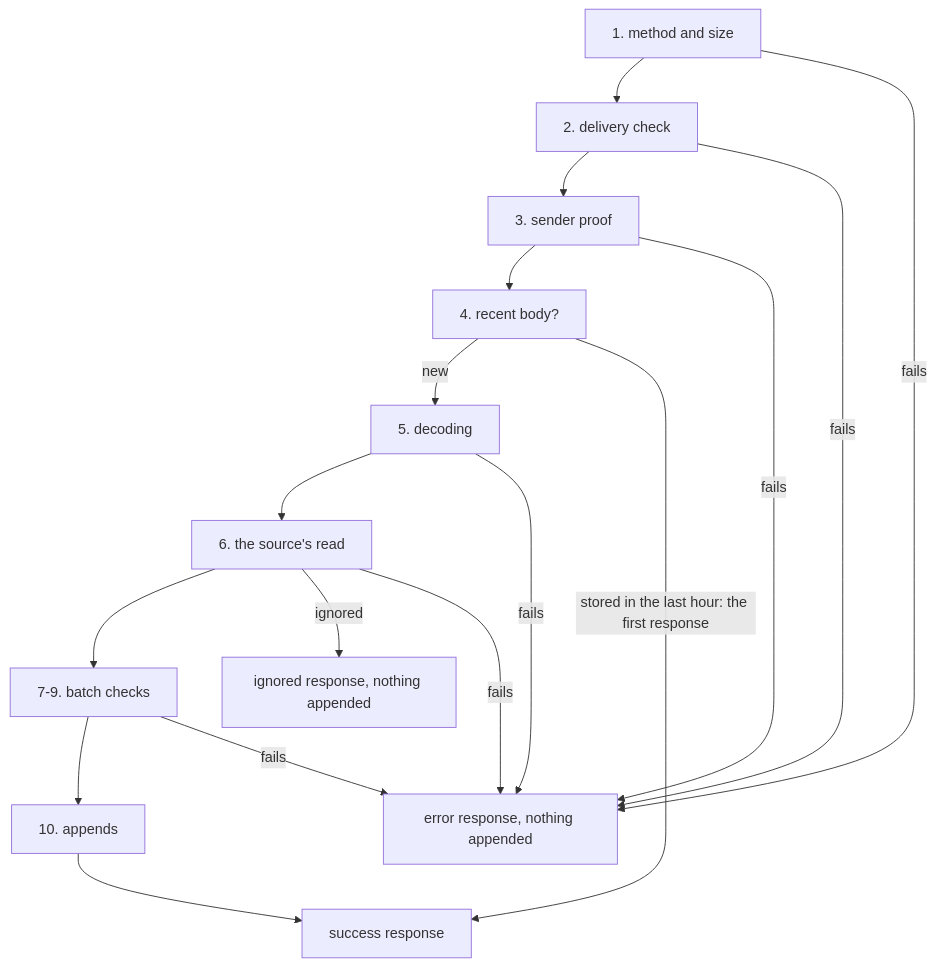
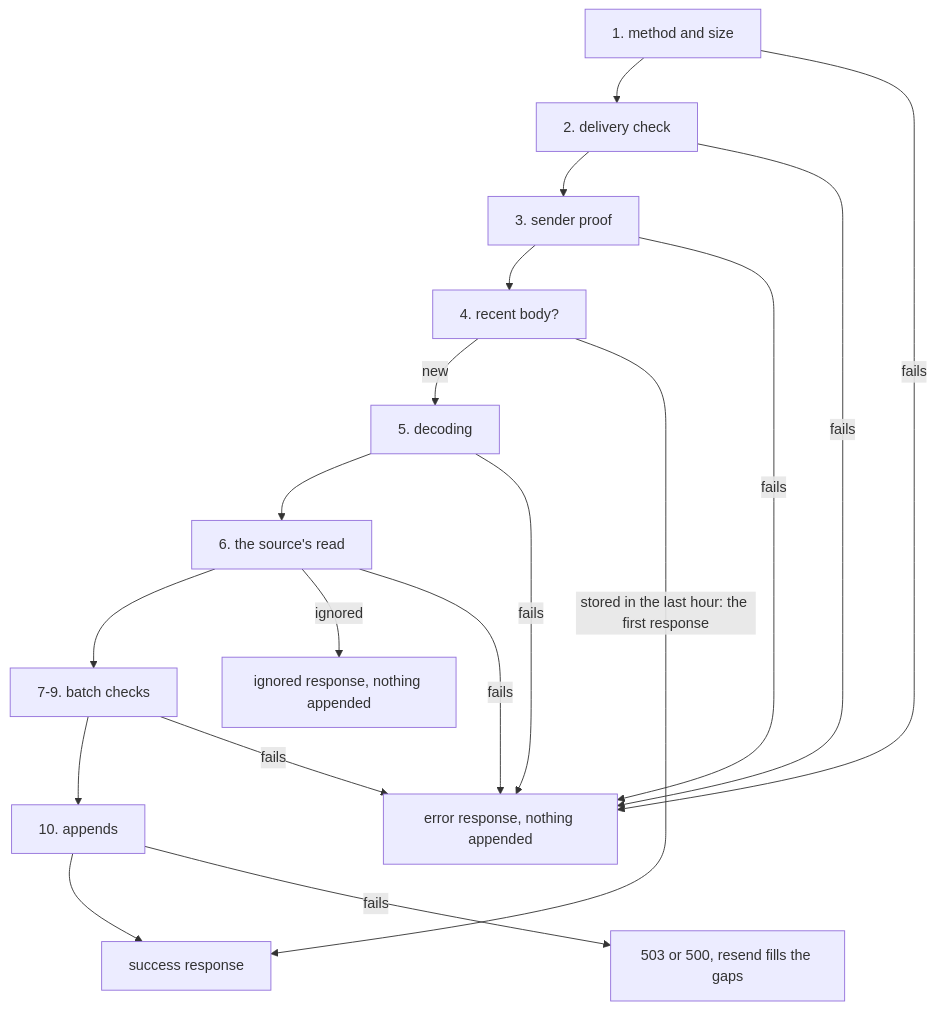
The diagram in docs/architecture/ingest/ingest.md (zgeoff/pepys), drawn with Mermaid before and after one commit. The commit also changed 6 other files, not shown here.

````diff
--- a/docs/architecture/ingest/ingest.md
+++ b/docs/architecture/ingest/ingest.md
@@ -37,14 +37,15 @@
 ```mermaid
 flowchart TD
   s1["1. method and size"] --> s2["2. delivery check"]
   s2 --> s3["3. sender proof"]
   s3 --> s4["4. recent body?"]
   s4 -- new --> s5["5. decoding"]
   s5 --> s6["6. the source's read"]
   s6 --> s7["7-9. batch checks"]
   s7 --> s10["10. appends"]
   s6 -- ignored --> ignored["ignored response, nothing appended"]
   s4 -- "stored in the last hour: the first response" --> success
   s10 --> success["success response"]
   s1 & s2 & s3 & s5 & s6 & s7 -- fails --> error["error response, nothing appended"]
+  s10 -- fails --> retry["503 or 500, resend fills the gaps"]
 ```
````
